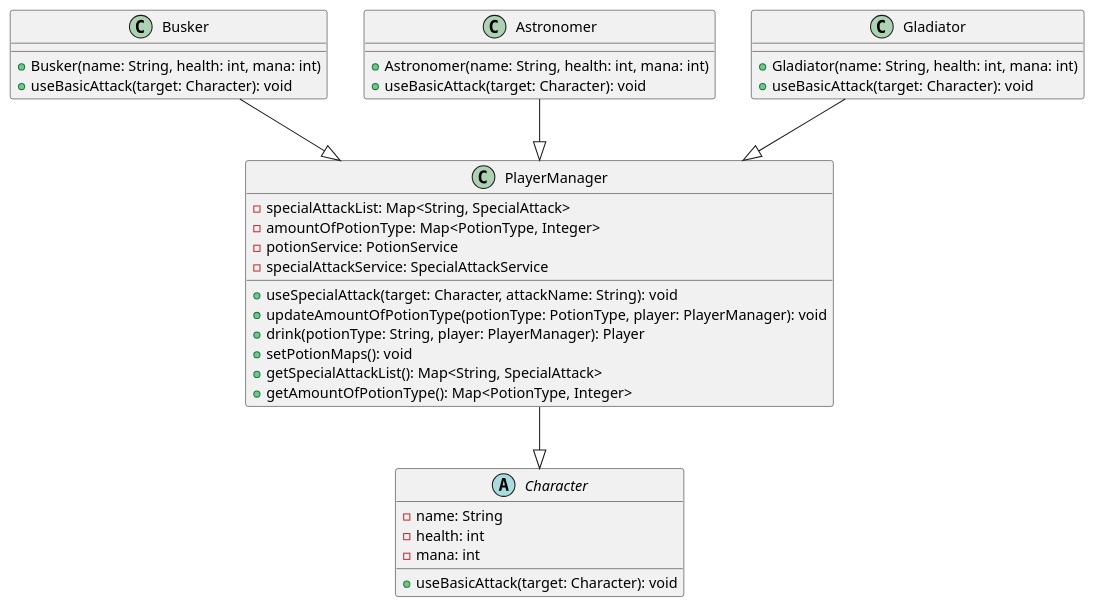
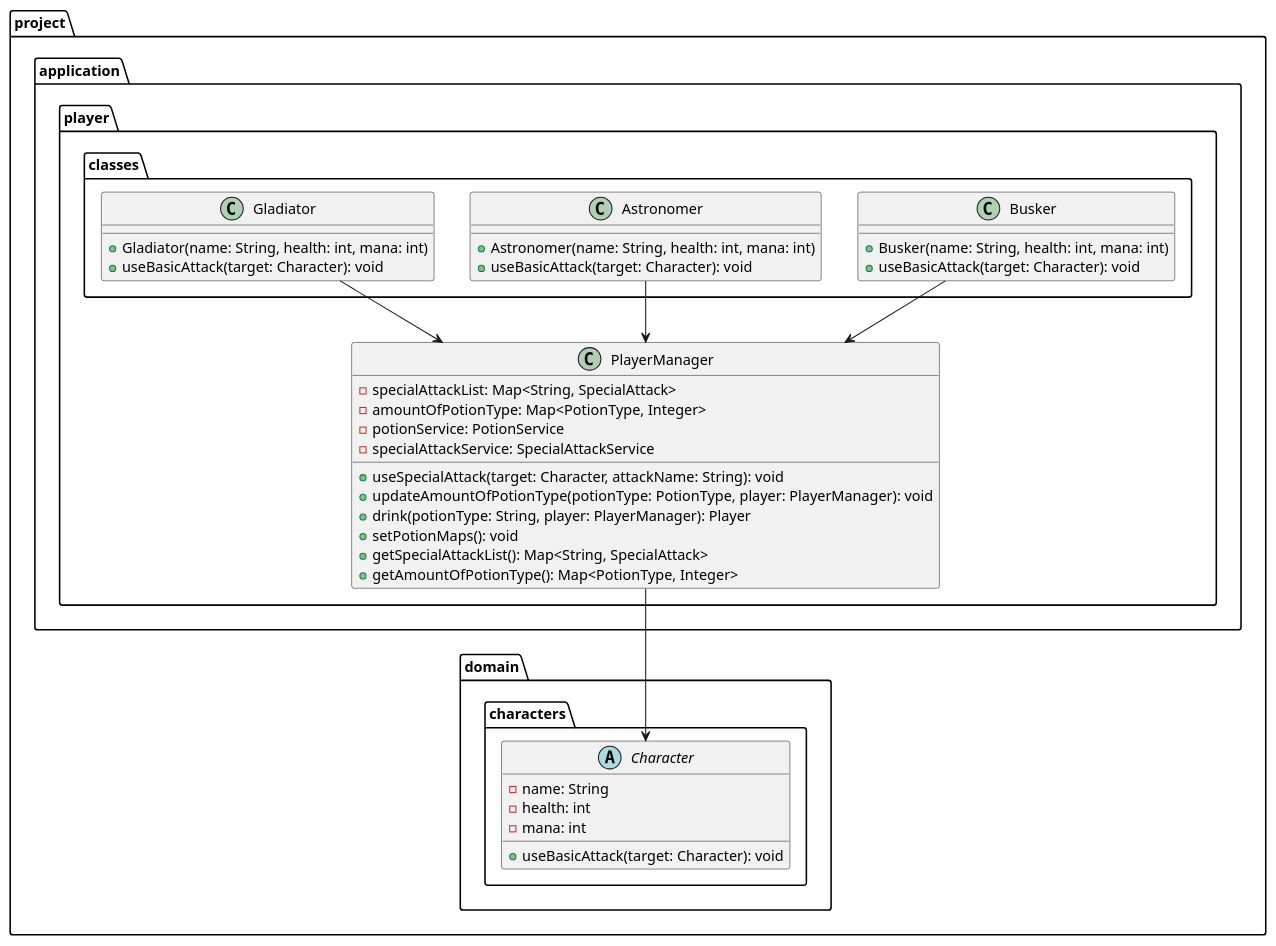
One commit to MonikaG14/ase-textbased-rpg changed the diagram in _uml.diagrams/NachRefactoringDuplicatedCode.puml. Above: the diagram before and after it, drawn with PlantUML. The commit also changed 8 other files, not shown here.

Commit message:
add missing attribute, methods and constructors to the UML diagrams

```diff
--- a/_uml.diagrams/NachRefactoringDuplicatedCode.puml
+++ b/_uml.diagrams/NachRefactoringDuplicatedCode.puml
@@ -1,43 +1,49 @@
 @startuml
 
-abstract class Character {
-  - name: String
-  - health: int
-  - mana: int
-  + useBasicAttack(target: Character): void
+package project.domain.characters {
+  abstract class Character {
+    - name: String
+    - health: int
+    - mana: int
+    + useBasicAttack(target: Character): void
+  }
 }
 
-class PlayerManager {
-  - specialAttackList: Map<String, SpecialAttack>
-  - amountOfPotionType: Map<PotionType, Integer>
-  - potionService: PotionService
-  - specialAttackService: SpecialAttackService
-  + useSpecialAttack(target: Character, attackName: String): void
-  + updateAmountOfPotionType(potionType: PotionType, player: PlayerManager): void
-  + drink(potionType: String, player: PlayerManager): Player
-  + setPotionMaps(): void
-  + getSpecialAttackList(): Map<String, SpecialAttack>
-  + getAmountOfPotionType(): Map<PotionType, Integer>
+package project.application.player {
+  class PlayerManager {
+    - specialAttackList: Map<String, SpecialAttack>
+    - amountOfPotionType: Map<PotionType, Integer>
+    - potionService: PotionService
+    - specialAttackService: SpecialAttackService
+    + useSpecialAttack(target: Character, attackName: String): void
+    + updateAmountOfPotionType(potionType: PotionType, player: PlayerManager): void
+    + drink(potionType: String, player: PlayerManager): Player
+    + setPotionMaps(): void
+    + getSpecialAttackList(): Map<String, SpecialAttack>
+    + getAmountOfPotionType(): Map<PotionType, Integer>
+  }
 }
 
-class Busker {
-  + Busker(name: String, health: int, mana: int)
-  + useBasicAttack(target: Character): void
+package project.application.player.classes {
+  class Busker {
+    + Busker(name: String, health: int, mana: int)
+    + useBasicAttack(target: Character): void
+  }
+
+  class Astronomer {
+    + Astronomer(name: String, health: int, mana: int)
+    + useBasicAttack(target: Character): void
+  }
+
+  class Gladiator {
+    + Gladiator(name: String, health: int, mana: int)
+    + useBasicAttack(target: Character): void
+  }
 }
 
-class Astronomer {
-  + Astronomer(name: String, health: int, mana: int)
-  + useBasicAttack(target: Character): void
-}
-
-class Gladiator {
-  + Gladiator(name: String, health: int, mana: int)
-  + useBasicAttack(target: Character): void
-}
-
-Busker --|> PlayerManager
-Astronomer --|> PlayerManager
-Gladiator --|> PlayerManager
-PlayerManager --|> Character
+Busker --> PlayerManager
+Astronomer --> PlayerManager
+Gladiator --> PlayerManager
+PlayerManager --> Character
 
 @enduml
```
